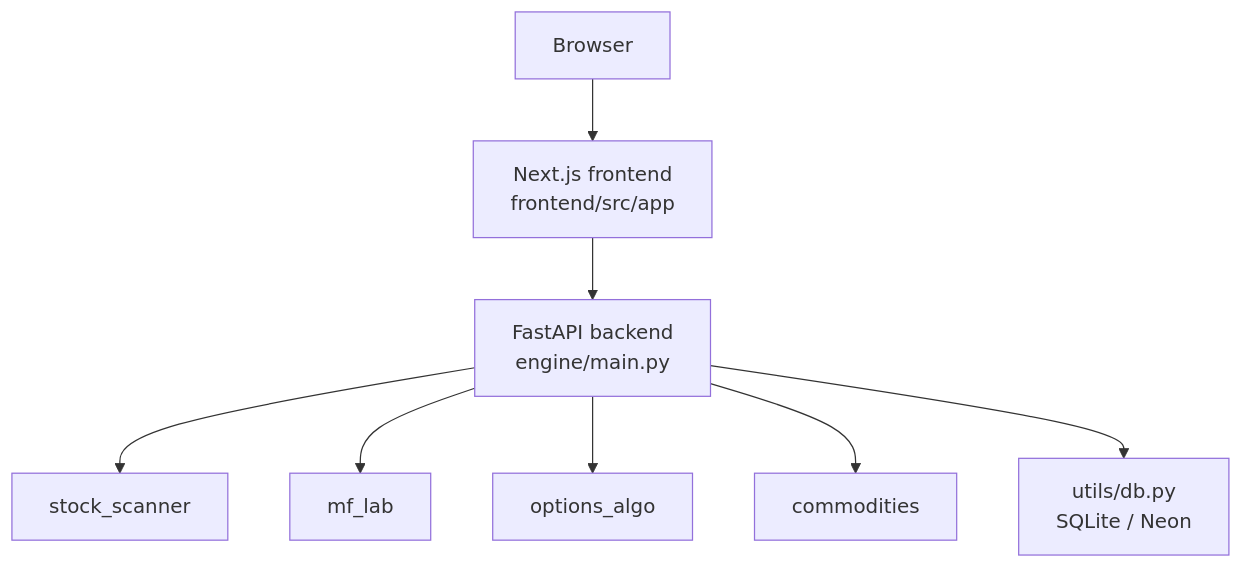
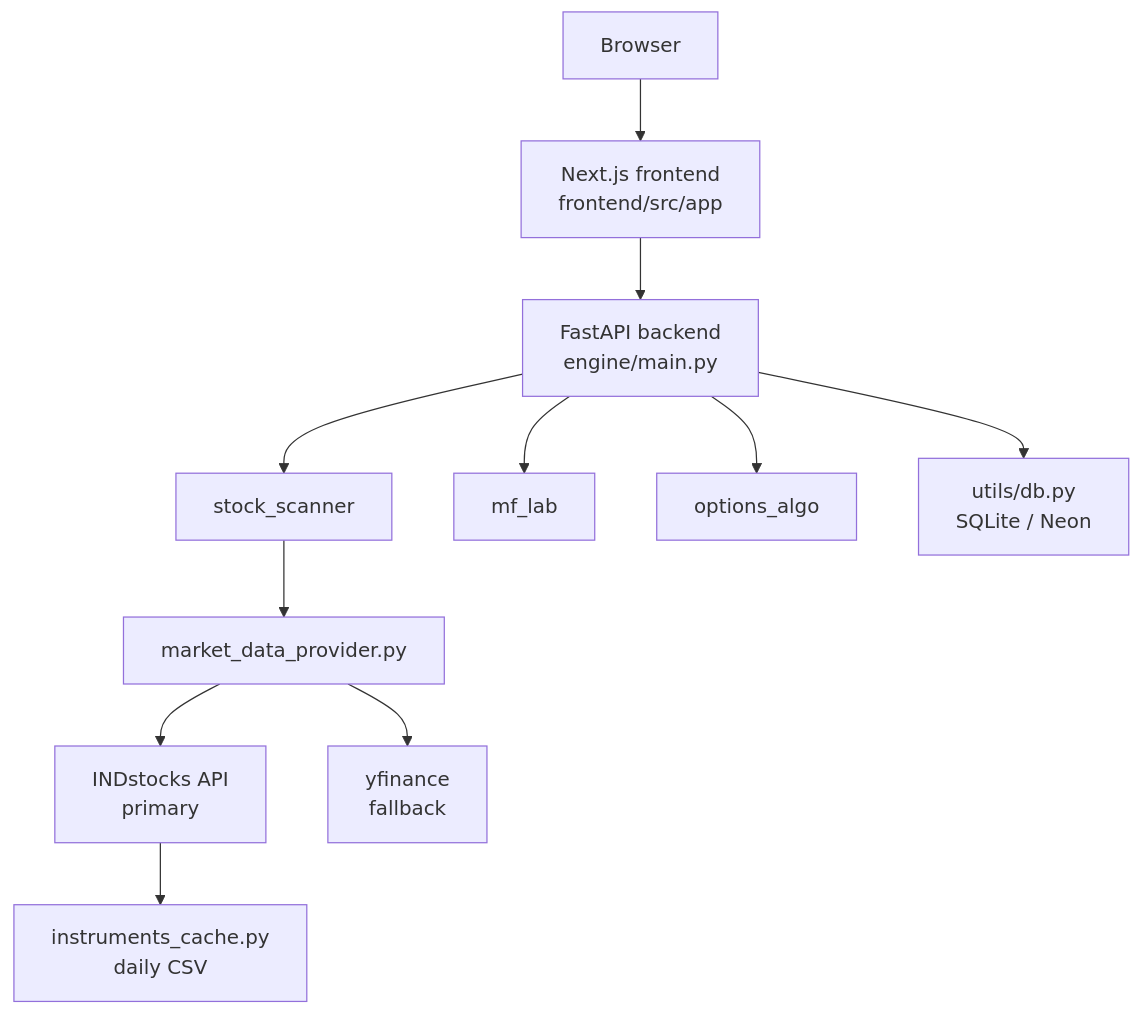
Before and after one commit to shivam039/fortress-dashboard-v2: the diagram in README.md, drawn with Mermaid. The commit also changed other lines of this file and 52 other files, not shown here.

````diff
--- a/README.md
+++ b/README.md
@@ -17,19 +24,25 @@
 ```mermaid
 graph TD
     Browser[Browser]
     Next[Next.js frontend<br/>frontend/src/app]
     API[FastAPI backend<br/>engine/main.py]
+    MDP[market_data_provider.py]
+    IND[INDstocks API<br/>primary]
+    YF[yfinance<br/>fallback]
+    Cache[instruments_cache.py<br/>daily CSV]
     Scanner[stock_scanner]
     MF[mf_lab]
     Opt[options_algo]
-    Cmd[commodities]
     DB[utils/db.py<br/>SQLite / Neon]
 
     Browser --> Next
     Next --> API
     API --> Scanner
     API --> MF
     API --> Opt
-    API --> Cmd
     API --> DB
+    Scanner --> MDP
+    MDP --> IND
+    MDP --> YF
+    IND --> Cache
 ```
````
